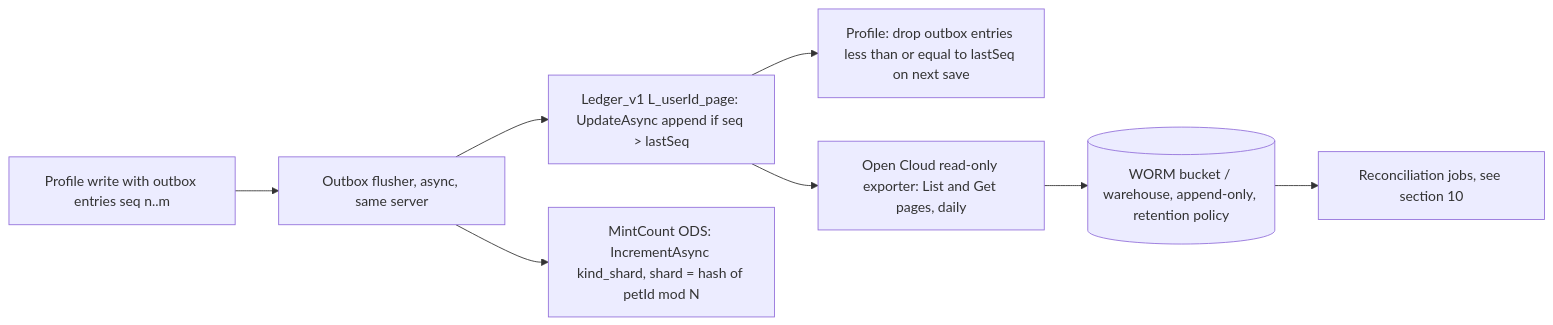
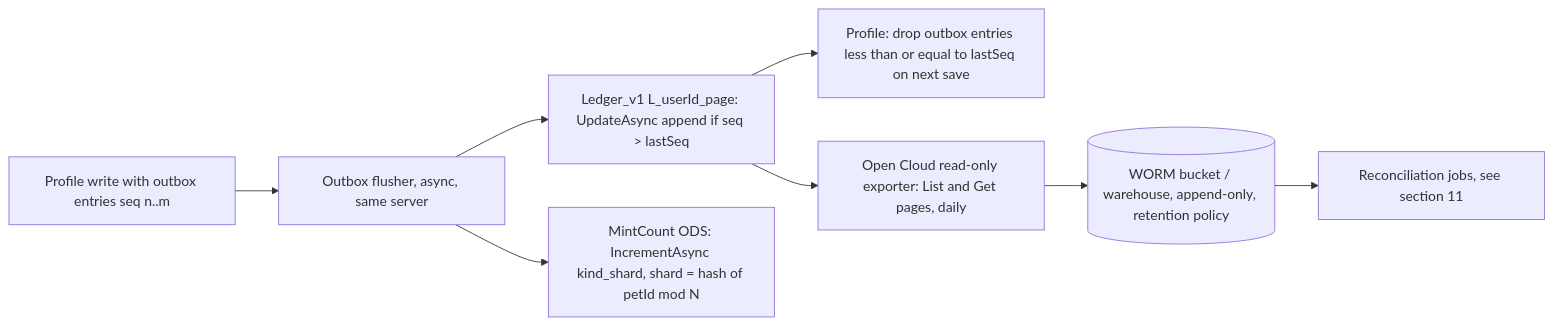
Before and after one commit to thenewmute21/stars-web-scrape: the seventh of 10 diagrams in research/adopt-me-pet-economy/05_SECURE_ARCHITECTURE.md, drawn with Mermaid. The commit also changed other lines of this file and 3 other files, not shown here.

First line of the commit message:
research: add secure architecture and test plan

````diff
--- a/research/adopt-me-pet-economy/05_SECURE_ARCHITECTURE.md
+++ b/research/adopt-me-pet-economy/05_SECURE_ARCHITECTURE.md
@@ -399,10 +399,10 @@
 ```mermaid
 flowchart LR
   P["Profile write with outbox entries seq n..m"] --> F["Outbox flusher, async, same server"]
   F --> L["Ledger_v1 L_userId_page: UpdateAsync append if seq > lastSeq"]
   L --> ACK["Profile: drop outbox entries less than or equal to lastSeq on next save"]
   F --> MC["MintCount ODS: IncrementAsync kind_shard, shard = hash of petId mod N"]
   L --> EXP["Open Cloud read-only exporter: List and Get pages, daily"]
   EXP --> W[("WORM bucket / warehouse, append-only, retention policy")]
-  W --> REC["Reconciliation jobs, see section 10"]
+  W --> REC["Reconciliation jobs, see section 11"]
 ```
````
